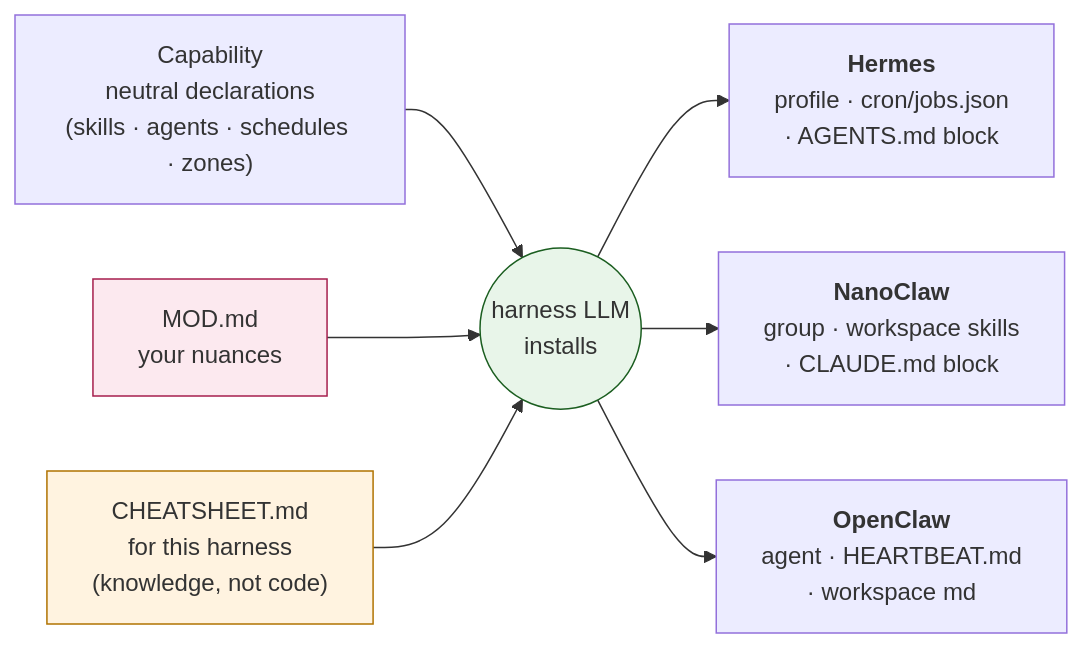
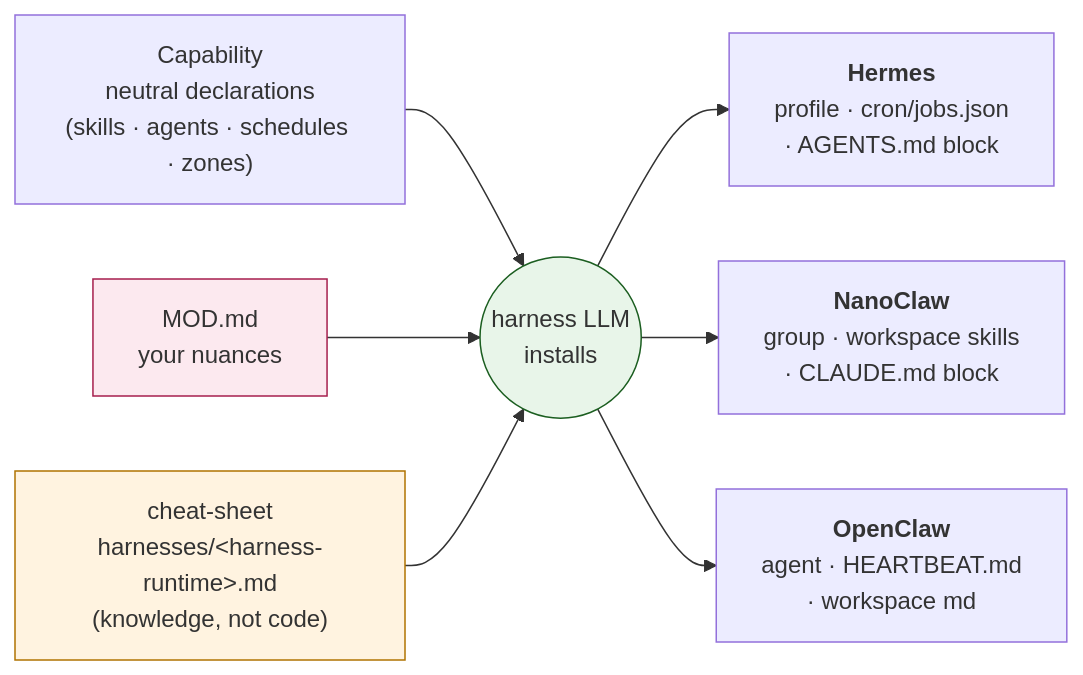
The fourth of 4 diagrams in ARCHITECTURE.md (AlmogBaku/aos), drawn with Mermaid before and after one commit. The commit also changed other lines of this file and 4 other files, not shown here.

First line of the commit message:
spec: cheat-sheet is a lean aid at harnesses/<harness-runtime>.md, loaded per operation

````diff
--- a/ARCHITECTURE.md
+++ b/ARCHITECTURE.md
@@ -425,13 +425,13 @@
 ```mermaid
 flowchart LR
     CAP["Capability<br/>neutral declarations<br/>(skills · agents · schedules · zones)"] --> LLM(("harness LLM<br/>installs"))
     MOD["MOD.md<br/>your nuances"] --> LLM
-    CS["CHEATSHEET.md<br/>for this harness<br/>(knowledge, not code)"] --> LLM
+    CS["cheat-sheet<br/>harnesses/&lt;harness-runtime&gt;.md<br/>(knowledge, not code)"] --> LLM
     LLM --> H1["<b>Hermes</b><br/>profile · cron/jobs.json<br/>· AGENTS.md block"]
     LLM --> H2["<b>NanoClaw</b><br/>group · workspace skills<br/>· CLAUDE.md block"]
     LLM --> H3["<b>OpenClaw</b><br/>agent · HEARTBEAT.md<br/>· workspace md"]
 
     style LLM fill:#E8F5E9,stroke:#1B5E20
     style CS fill:#FFF3E0,stroke:#B07300
     style MOD fill:#FCE9EF,stroke:#A61E4D
 ```
````
